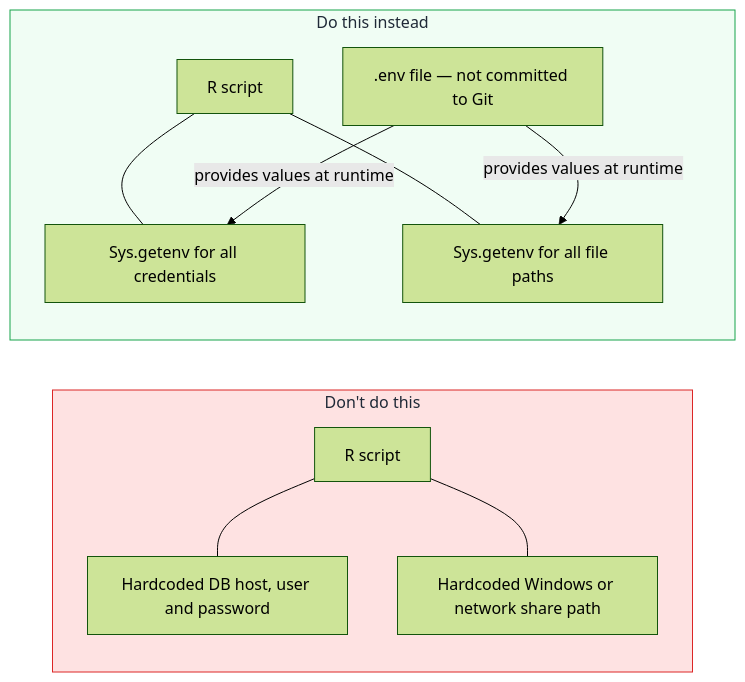
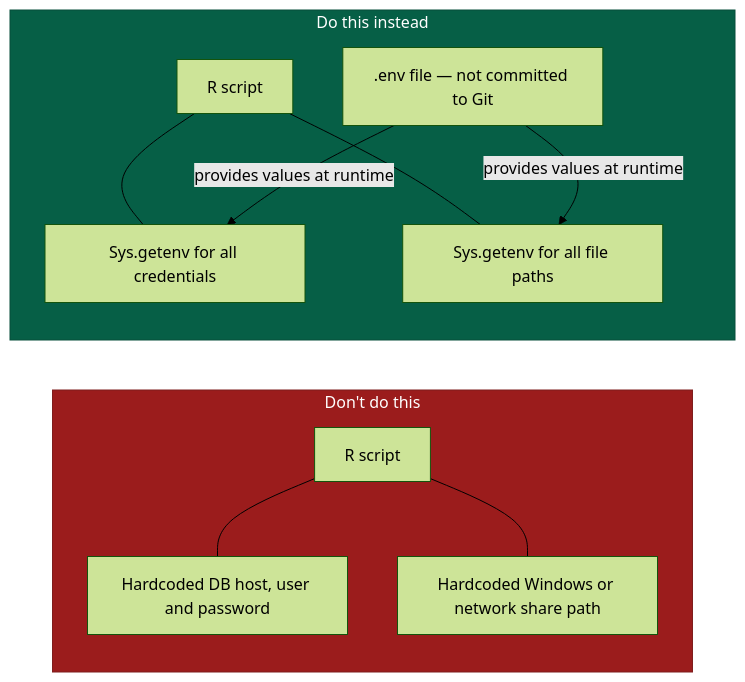
Before and after one commit to Ch3w3y/docker_gcp: the diagram in docs/code-readiness.md, drawn with Mermaid (forest theme). The commit also changed 8 other files, not shown here.

First line of the commit message:
fix(a11y): replace all pastel Mermaid fills with PHW-aligned semantic palette

````diff
--- a/docs/code-readiness.md
+++ b/docs/code-readiness.md
@@ -13,26 +13,26 @@
 ```mermaid
 flowchart LR
     subgraph BAD["Don't do this"]
         direction TB
         B1["R script"]
         B2["Hardcoded DB host, user and password"]
         B3["Hardcoded Windows or network share path"]
         B1 --- B2
         B1 --- B3
     end
 
     subgraph GOOD["Do this instead"]
         direction TB
         G1["R script"]
         G2["Sys.getenv for all credentials"]
         G3["Sys.getenv for all file paths"]
         G4[".env file — not committed to Git"]
         G1 --- G2
         G1 --- G3
         G4 -->|"provides values at runtime"| G2
         G4 -->|"provides values at runtime"| G3
     end
 
-    style BAD fill:#fee2e2,stroke:#dc2626,color:#1f2937
-    style GOOD fill:#f0fdf4,stroke:#16a34a,color:#1f2937
+    style BAD fill:#9b1c1c,stroke:#7f1d1d,color:#ffffff
+    style GOOD fill:#065f46,stroke:#064e3b,color:#ffffff
 ```
````
